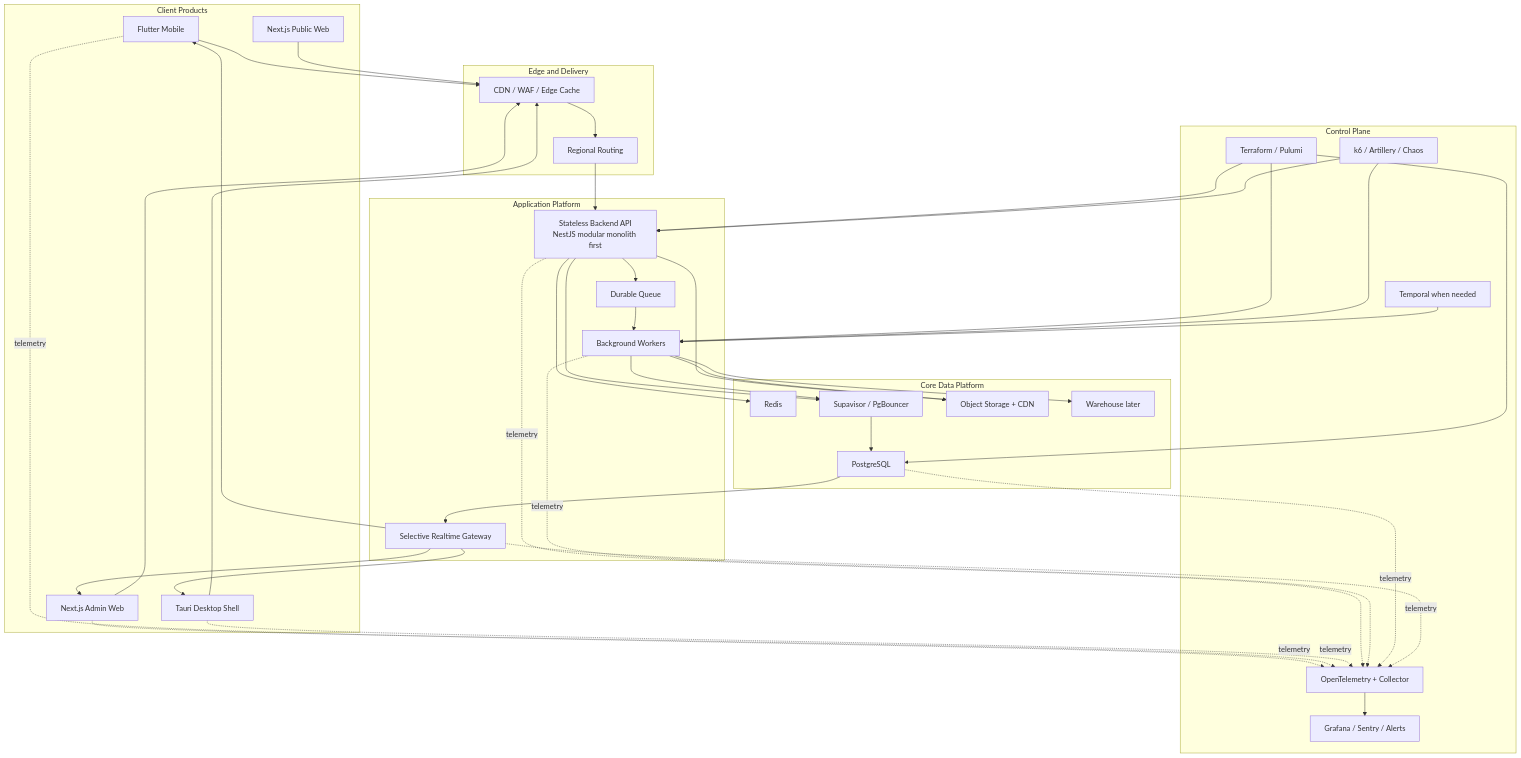
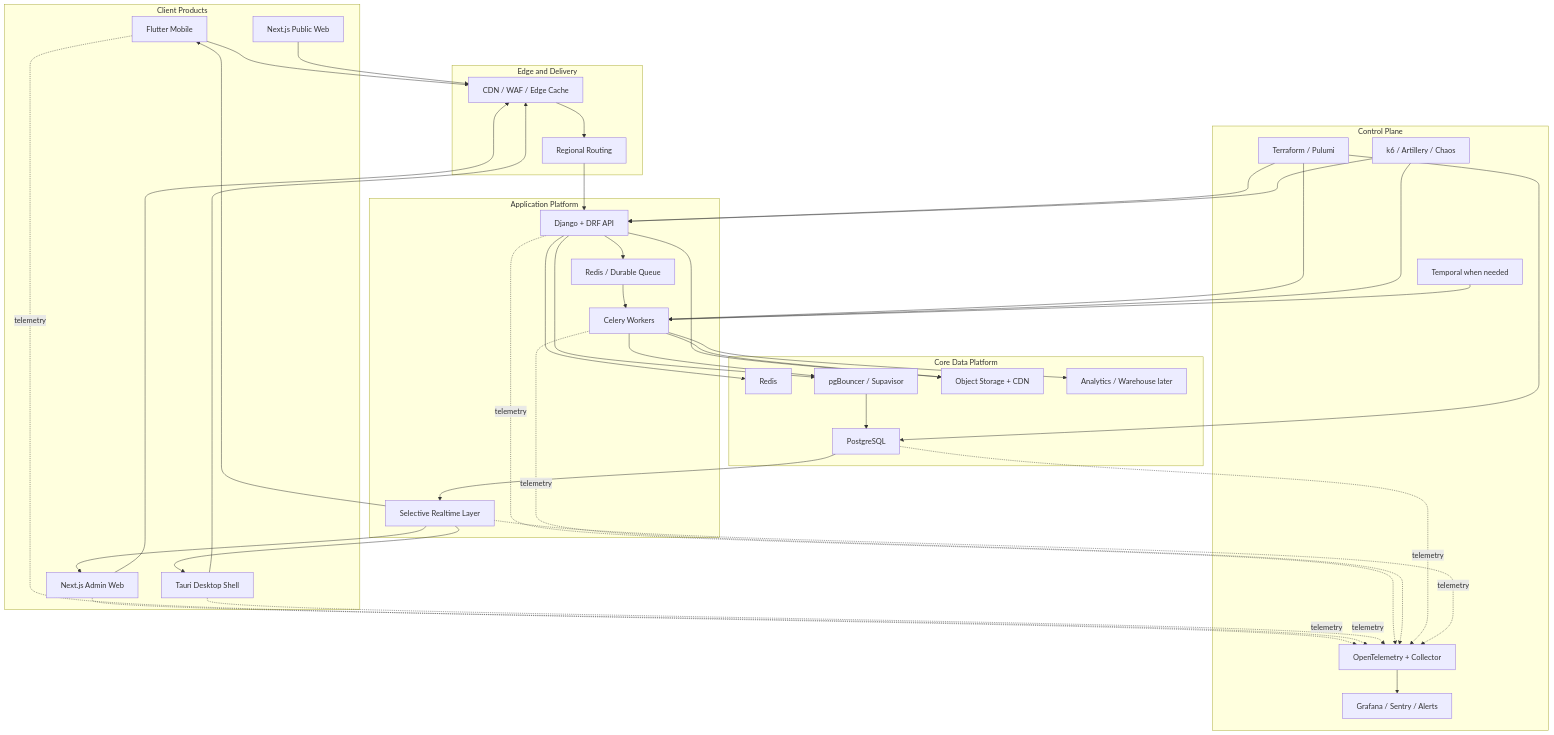
Before and after one commit to MurtazaJ53/BUSINESS-HUB: the diagram in docs/business-hub-complete-platform-handbook.md, drawn with Mermaid. The commit also changed other lines of this file and 1 other file, not shown here.

````diff
--- a/docs/business-hub-complete-platform-handbook.md
+++ b/docs/business-hub-complete-platform-handbook.md
@@ -99,72 +156,72 @@
 ```mermaid
 flowchart TD
   subgraph Clients["Client Products"]
     Mobile["Flutter Mobile"]
     AdminWeb["Next.js Admin Web"]
     PublicWeb["Next.js Public Web"]
     Desktop["Tauri Desktop Shell"]
   end
 
   subgraph Edge["Edge and Delivery"]
     CDN["CDN / WAF / Edge Cache"]
     Routing["Regional Routing"]
   end
 
   subgraph App["Application Platform"]
-    API["Stateless Backend API\nNestJS modular monolith first"]
-    Realtime["Selective Realtime Gateway"]
-    Queue["Durable Queue"]
-    Workers["Background Workers"]
+    API["Django + DRF API"]
+    Realtime["Selective Realtime Layer"]
+    Queue["Redis / Durable Queue"]
+    Workers["Celery Workers"]
   end
 
   subgraph Data["Core Data Platform"]
     Redis["Redis"]
-    Pooler["Supavisor / PgBouncer"]
+    Pooler["pgBouncer / Supavisor"]
     Postgres["PostgreSQL"]
     Storage["Object Storage + CDN"]
-    Analytics["Warehouse later"]
+    Analytics["Analytics / Warehouse later"]
   end
 
   subgraph Control["Control Plane"]
     OTel["OpenTelemetry + Collector"]
     Ops["Grafana / Sentry / Alerts"]
     IaC["Terraform / Pulumi"]
     Workflow["Temporal when needed"]
     Testing["k6 / Artillery / Chaos"]
   end
 
   Mobile --> CDN
   AdminWeb --> CDN
   PublicWeb --> CDN
   Desktop --> CDN
   CDN --> Routing
   Routing --> API
   API --> Redis
   API --> Pooler
   Pooler --> Postgres
   API --> Queue
   Queue --> Workers
   API --> Storage
   Workers --> Pooler
   Workers --> Storage
   Workers --> Analytics
   Postgres --> Realtime
   Realtime --> Mobile
   Realtime --> AdminWeb
   Realtime --> Desktop
 
   Mobile -. telemetry .-> OTel
   AdminWeb -. telemetry .-> OTel
   Desktop -. telemetry .-> OTel
   API -. telemetry .-> OTel
   Workers -. telemetry .-> OTel
   Postgres -. telemetry .-> OTel
   Realtime -. telemetry .-> OTel
   OTel --> Ops
   IaC --> API
   IaC --> Workers
   IaC --> Postgres
   Testing --> API
   Testing --> Workers
   Workflow --> Workers
 ```
````
